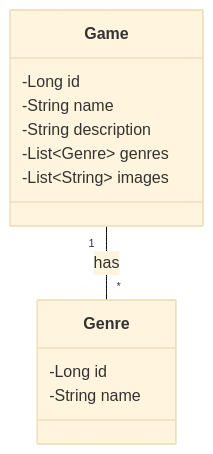
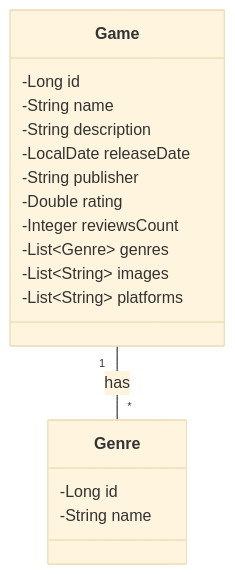
Before and after one commit to ApenasOLinco/avanade-2025-games-api: the diagram in README.md, drawn with Mermaid (base theme).

````diff
--- a/README.md
+++ b/README.md
@@ -5,17 +5,22 @@
 ``` mermaid
 classDiagram
     class Game {
         -Long id
         -String name
         -String description
+        -LocalDate releaseDate
+        -String publisher
+        -Double rating
+        -Integer reviewsCount
         -List~Genre~ genres
         -List~String~ images
+        -List~String~ platforms
     }
 
     class Genre {
         -Long id
         -String name
     }
 
     Game "1" -- "*" Genre : has
 ```
````
